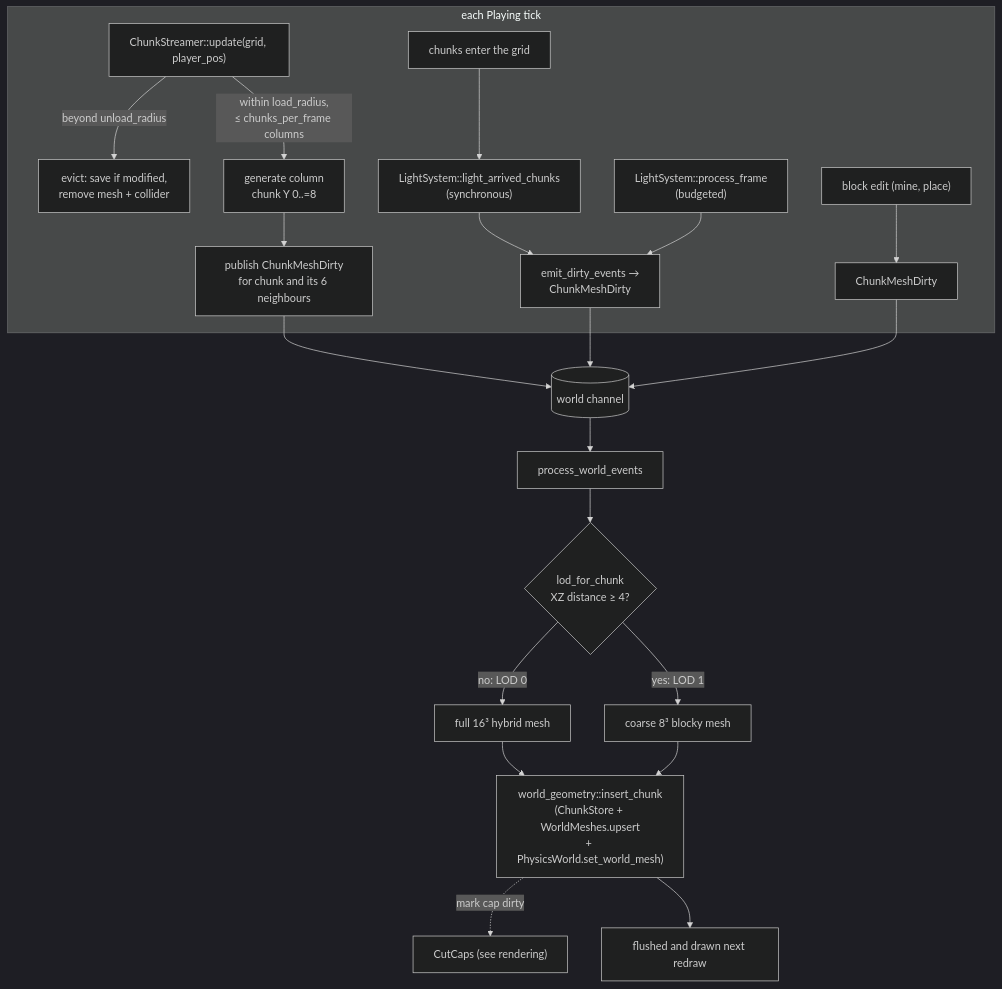
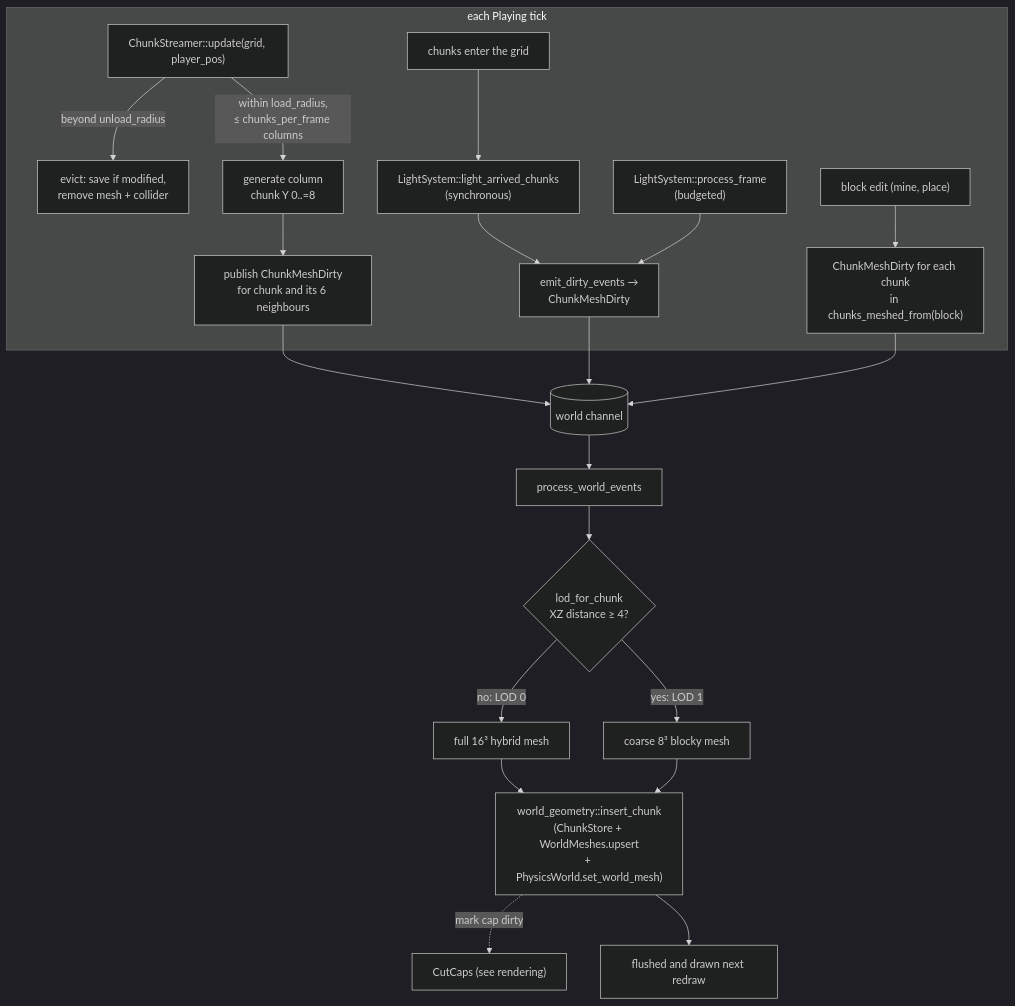
One commit to WrackedFella/moho changed the diagram in wiki/architecture/world-streaming.md. Above: the diagram before and after it, drawn with Mermaid (dark theme). The commit also changed other lines of this file, not shown here.

Commit message:
docs(wiki): mining dirties every chunk that samples the block (#342)

````diff
--- a/wiki/architecture/world-streaming.md
+++ b/wiki/architecture/world-streaming.md
@@ -10,21 +10,21 @@
 ```mermaid
 flowchart TD
     subgraph frame["each Playing tick"]
         S["ChunkStreamer::update(grid, player_pos)"]
         S -->|"beyond unload_radius"| EV["evict: save if modified,<br/>remove mesh + collider"]
         S -->|"within load_radius,<br/>≤ chunks_per_frame columns"| LD["generate column<br/>chunk Y 0..=8"]
         LD --> D1["publish ChunkMeshDirty<br/>for chunk and its 6 neighbours"]
         LA["chunks enter the grid"] --> LL["LightSystem::light_arrived_chunks<br/>(synchronous)"]
         LL --> D2
         LS["LightSystem::process_frame<br/>(budgeted)"] --> D2["emit_dirty_events →<br/>ChunkMeshDirty"]
-        EDIT["block edit (mine, place)"] --> D3["ChunkMeshDirty"]
+        EDIT["block edit (mine, place)"] --> D3["ChunkMeshDirty for each chunk<br/>in chunks_meshed_from(block)"]
     end
     D1 & D2 & D3 --> CH[("world channel")]
     CH --> PW["process_world_events"]
     PW --> LOD{"lod_for_chunk<br/>XZ distance ≥ 4?"}
     LOD -- "no: LOD 0" --> M0["full 16³ hybrid mesh"]
     LOD -- "yes: LOD 1" --> M1["coarse 8³ blocky mesh"]
     M0 & M1 --> OUT["world_geometry::insert_chunk<br/>(ChunkStore + WorldMeshes.upsert<br/>+ PhysicsWorld.set_world_mesh)"]
     OUT -. "mark cap dirty" .-> CAP["CutCaps (see rendering)"]
     OUT --> R["flushed and drawn next redraw"]
 ```
````
